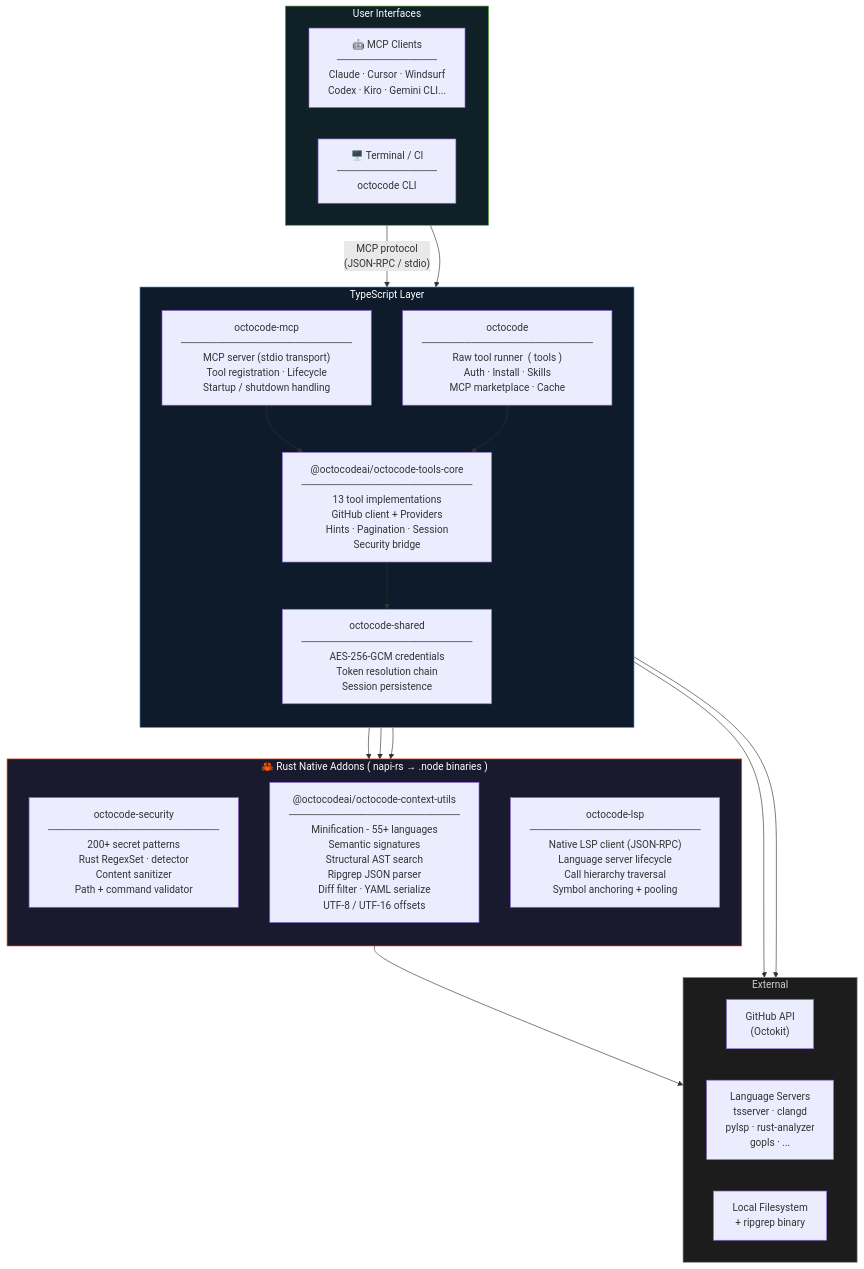
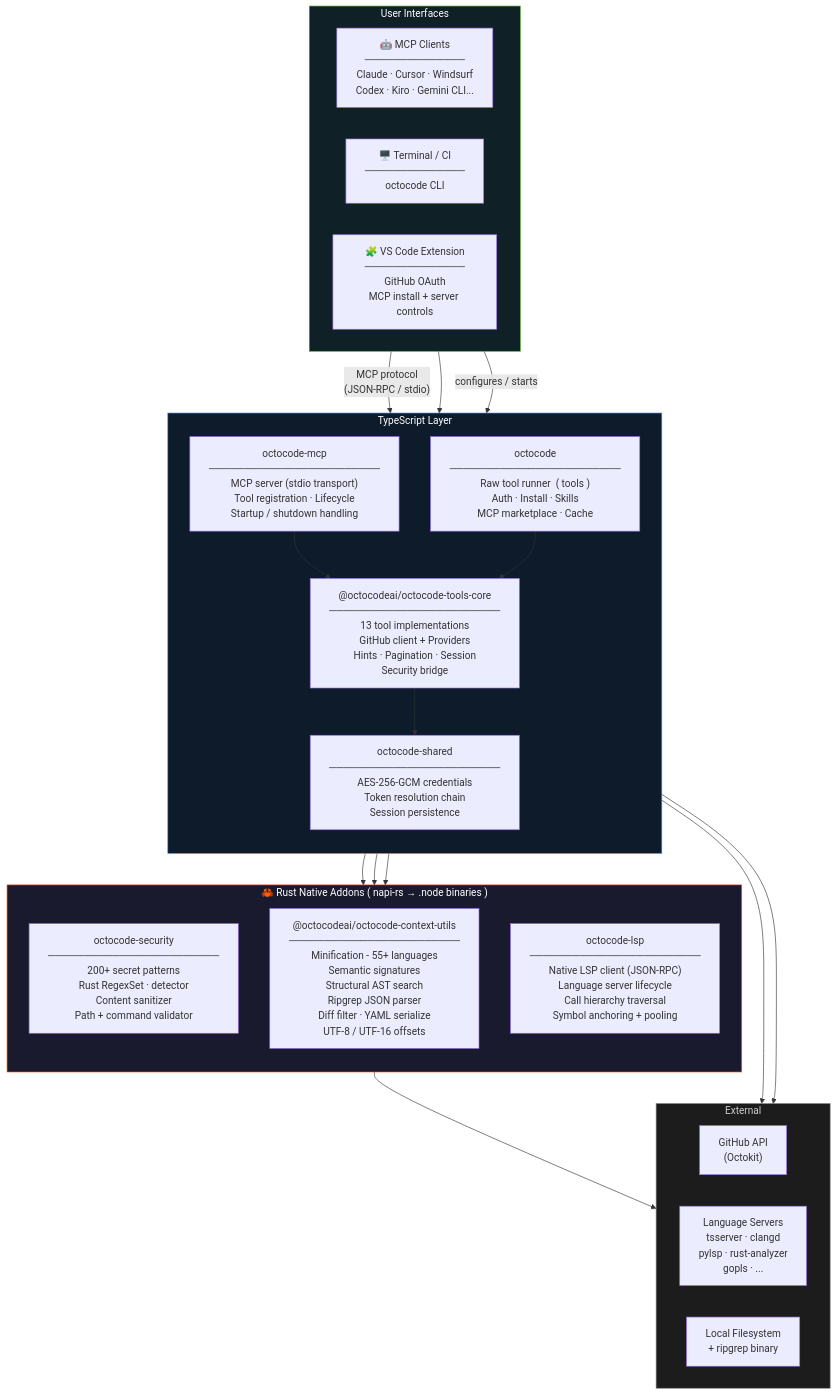
Before and after one commit to yermakoffivan/octocode: the first of 2 diagrams in README.md, drawn with Mermaid. The commit also changed other lines of this file and 51 other files, not shown here.

````diff
--- a/README.md
+++ b/README.md
@@ -870,47 +898,49 @@
 ```mermaid
 graph TB
     subgraph Clients["User Interfaces"]
         direction LR
         MC["🤖 MCP Clients\n──────────────\nClaude · Cursor · Windsurf\nCodex · Kiro · Gemini CLI..."]
         CLI["🖥️  Terminal / CI\n──────────────\noctocode CLI"]
+        VSC["🧩 VS Code Extension\n──────────────\nGitHub OAuth\nMCP install + server controls"]
     end
 
     subgraph TS["TypeScript Layer"]
         direction TB
         MCP["octocode-mcp\n────────────────────────\nMCP server (stdio transport)\nTool registration · Lifecycle\nStartup / shutdown handling"]
         CLIBIN["octocode\n────────────────────────\nRaw tool runner  ( tools )\nAuth · Install · Skills\nMCP marketplace · Cache"]
         CORE["@octocodeai/octocode-tools-core\n────────────────────────\n13 tool implementations\nGitHub client + Providers\nHints · Pagination · Session\nSecurity bridge"]
         SHARED["octocode-shared\n────────────────────────\nAES-256-GCM credentials\nToken resolution chain\nSession persistence"]
     end
 
     subgraph Rust["🦀 Rust Native Addons  ( napi-rs → .node binaries )"]
         direction TB
         SEC["octocode-security\n────────────────────────\n200+ secret patterns\nRust RegexSet · detector\nContent sanitizer\nPath + command validator"]
         CTX["@octocodeai/octocode-context-utils\n────────────────────────\nMinification - 55+ languages\nSemantic signatures\nStructural AST search\nRipgrep JSON parser\nDiff filter · YAML serialize\nUTF-8 / UTF-16 offsets"]
         LSP["octocode-lsp\n────────────────────────\nNative LSP client (JSON-RPC)\nLanguage server lifecycle\nCall hierarchy traversal\nSymbol anchoring + pooling"]
     end
 
     subgraph Ext["External"]
         direction LR
         GH["GitHub API\n(Octokit)"]
         LS["Language Servers\ntsserver · clangd\npylsp · rust-analyzer\ngopls · ..."]
         FS["Local Filesystem\n+ ripgrep binary"]
     end
 
     MC -- "MCP protocol\n(JSON-RPC / stdio)" --> MCP
     CLI --> CLIBIN
+    VSC -- "configures / starts" --> MCP
     MCP --> CORE
     CLIBIN --> CORE
     CORE --> SEC
     CORE --> CTX
     CORE --> LSP
     CORE --> SHARED
     CORE --> GH
     CORE --> FS
     LSP --> LS
 
     style Rust fill:#1a1a2e,stroke:#e75d2a,color:#fff
     style TS fill:#0d1b2a,stroke:#4a90d9,color:#fff
     style Clients fill:#0f2027,stroke:#56ab2f,color:#fff
     style Ext fill:#1c1c1c,stroke:#888,color:#ccc
 ```
````
